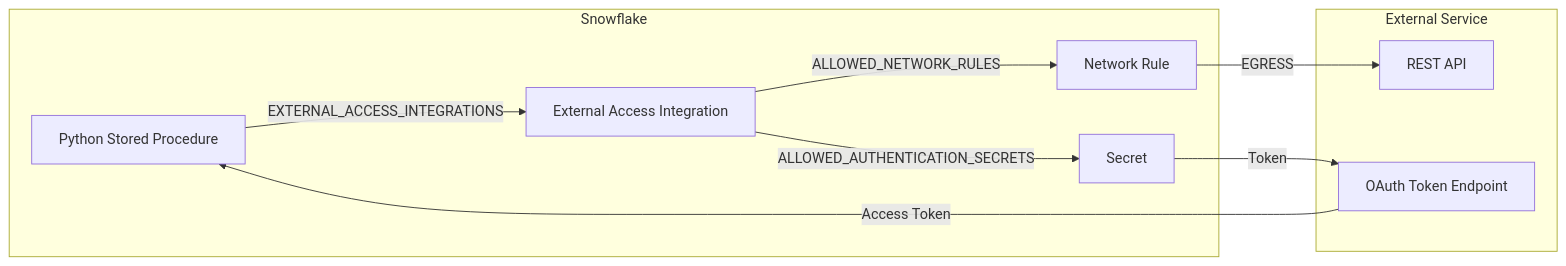
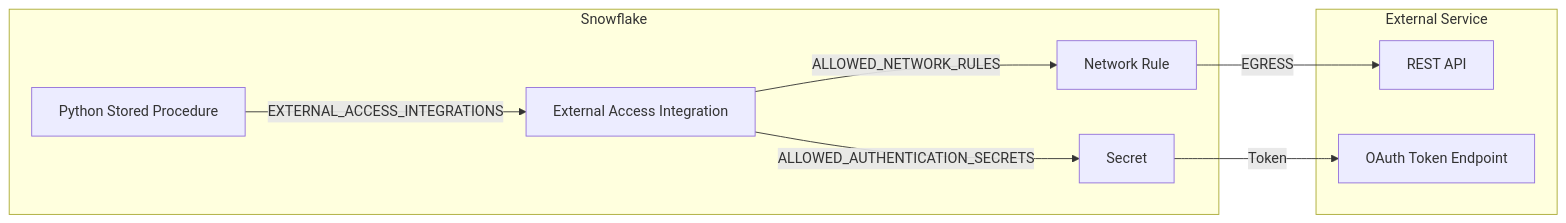
One commit to sfc-gh-miwhitaker/sfe-public changed the diagram in guide-external-access-playbook/README.md. Above: the diagram before and after it, drawn with Mermaid. The commit also changed other lines of this file and 44 other files, not shown here.

````diff
--- a/guide-external-access-playbook/README.md
+++ b/guide-external-access-playbook/README.md
@@ -13,21 +29,20 @@
 ```mermaid
 flowchart LR
   subgraph snowflake [Snowflake]
     Proc[Python Stored Procedure]
     EAI[External Access Integration]
     NR[Network Rule]
     Secret[Secret]
   end
 
   subgraph external [External Service]
     API[REST API]
     OAuth[OAuth Token Endpoint]
   end
 
   Proc -->|EXTERNAL_ACCESS_INTEGRATIONS| EAI
   EAI -->|ALLOWED_NETWORK_RULES| NR
   EAI -->|ALLOWED_AUTHENTICATION_SECRETS| Secret
   NR -->|EGRESS| API
   Secret -->|Token| OAuth
-  OAuth -->|Access Token| Proc
 ```
````
